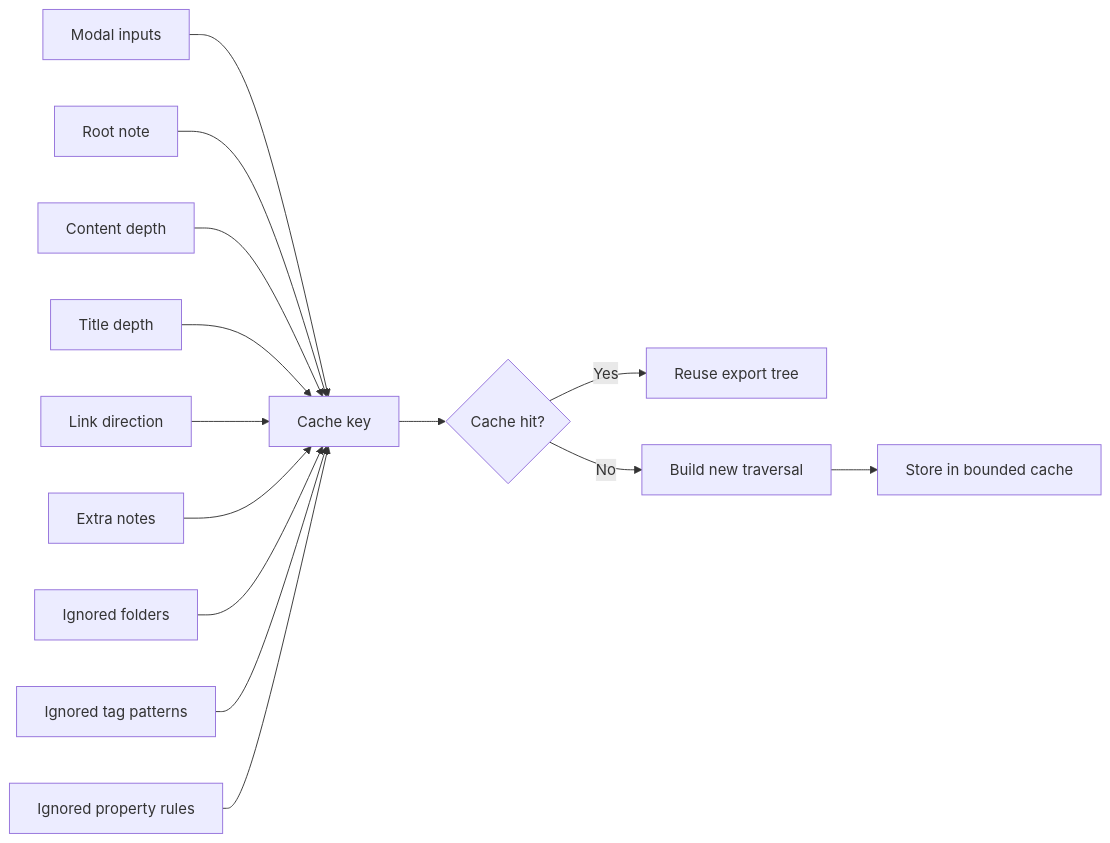
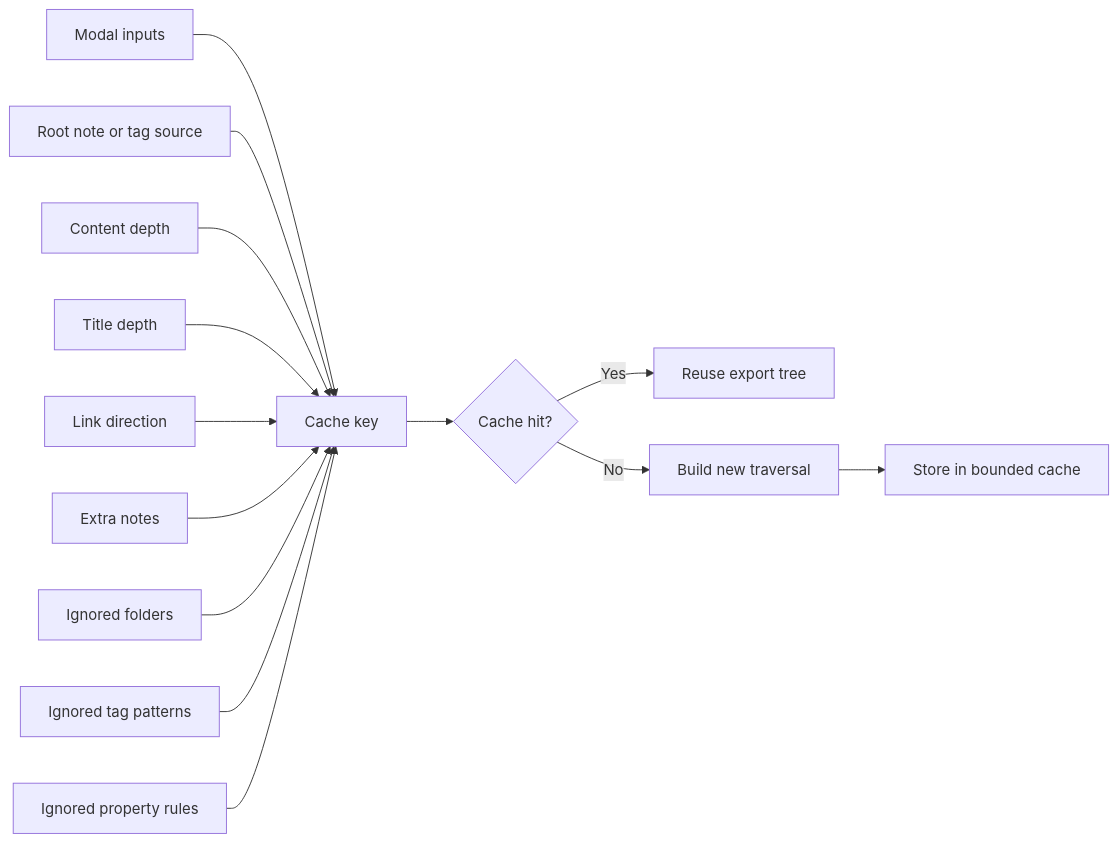
The third of 3 diagrams in docs/export-architecture.md (LittleHaku/obsidian-smart-export), drawn with Mermaid before and after one commit. The commit also changed other lines of this file and 17 other files, not shown here.

````diff
--- a/docs/export-architecture.md
+++ b/docs/export-architecture.md
@@ -144,25 +163,25 @@
 ```mermaid
 flowchart LR
     A[Modal inputs] --> B[Cache key]
     B --> C{Cache hit?}
     C -- Yes --> D[Reuse export tree]
     C -- No --> E[Build new traversal]
     E --> F[Store in bounded cache]
 
-    A1[Root note]
+    A1[Root note or tag source]
     A2[Content depth]
     A3[Title depth]
     A4[Link direction]
     A5[Extra notes]
     A6[Ignored folders]
     A7[Ignored tag patterns]
     A8[Ignored property rules]
     A1 --> B
     A2 --> B
     A3 --> B
     A4 --> B
     A5 --> B
     A6 --> B
     A7 --> B
     A8 --> B
 ```
````
